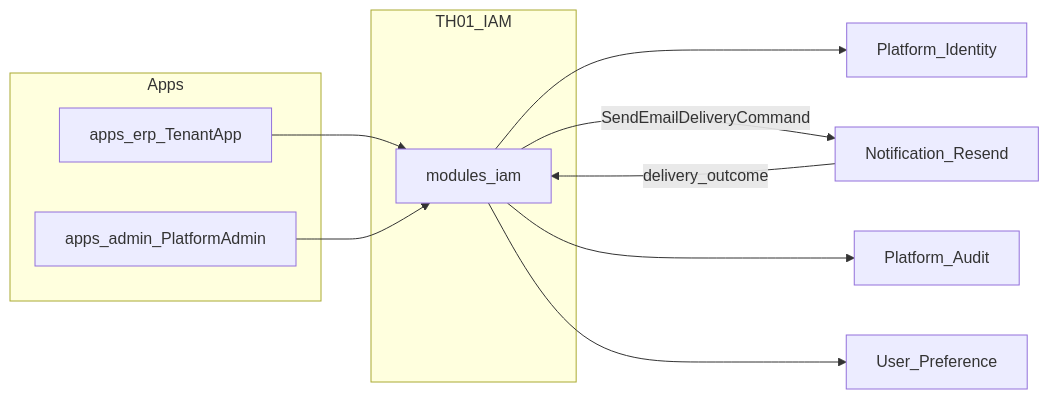
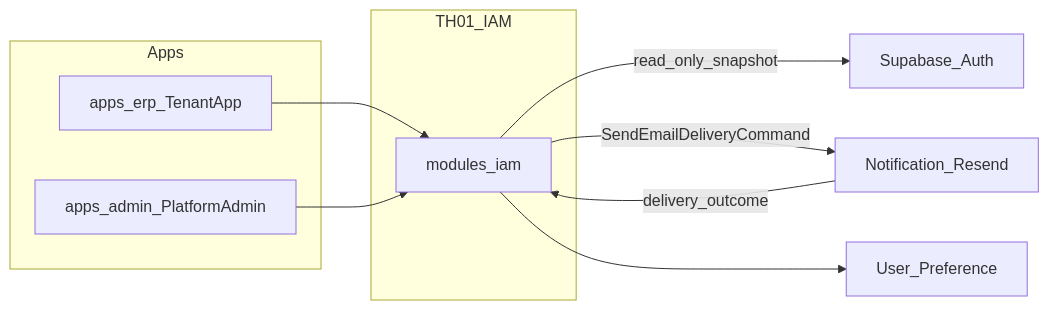
The diagram in docs/themes/TH-01-organization-users/harness/02-module-map.md (DsChien102/erp-sales-inventory), drawn with Mermaid before and after one commit. The commit also changed other lines of this file and 22 other files, not shown here.

````diff
--- a/docs/themes/TH-01-organization-users/harness/02-module-map.md
+++ b/docs/themes/TH-01-organization-users/harness/02-module-map.md
@@ -24,22 +29,20 @@
 ```mermaid
 flowchart LR
   subgraph apps [Apps]
     ERP[apps_erp_TenantApp]
     Admin[apps_admin_PlatformAdmin]
   end
   subgraph th01 [TH01_IAM]
     IAM[modules_iam]
   end
-  Identity[Platform_Identity]
+  Auth[Supabase_Auth]
   Notif[Notification_Resend]
-  Audit[Platform_Audit]
   Pref[User_Preference]
 
   ERP --> IAM
   Admin --> IAM
-  IAM --> Identity
+  IAM -->|read_only_snapshot| Auth
   IAM -->|SendEmailDeliveryCommand| Notif
   Notif -->|delivery_outcome| IAM
-  IAM --> Audit
   IAM --> Pref
 ```
````
